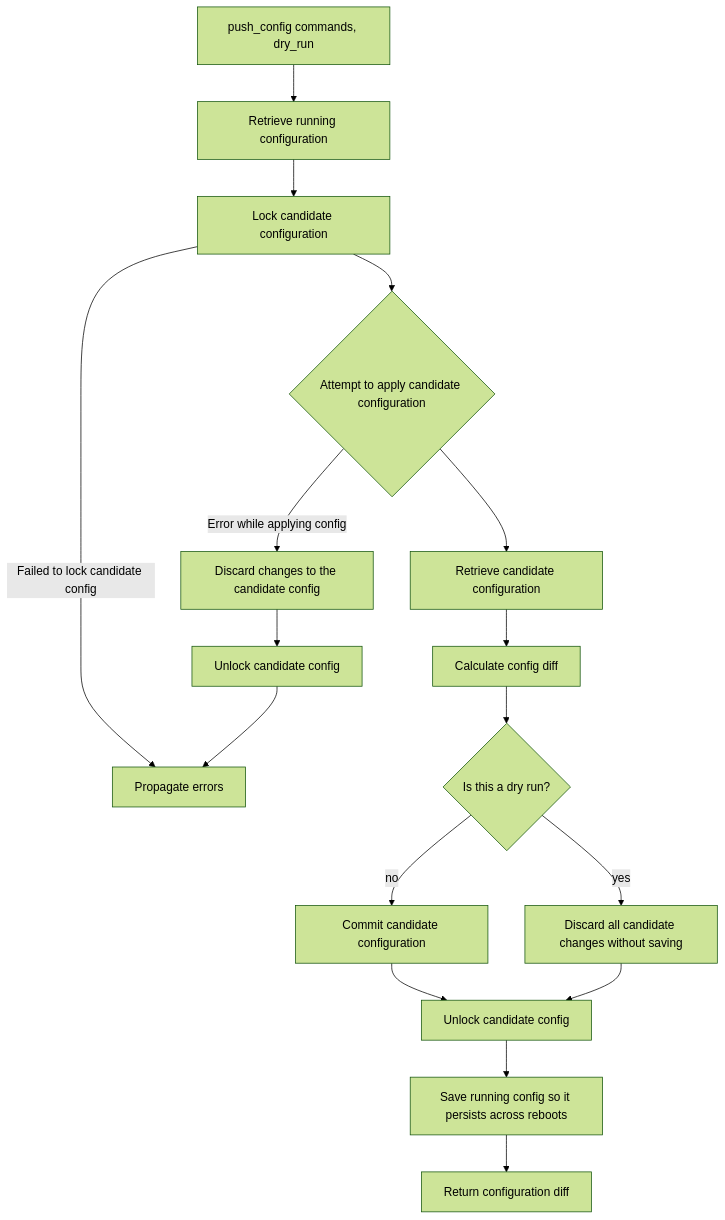
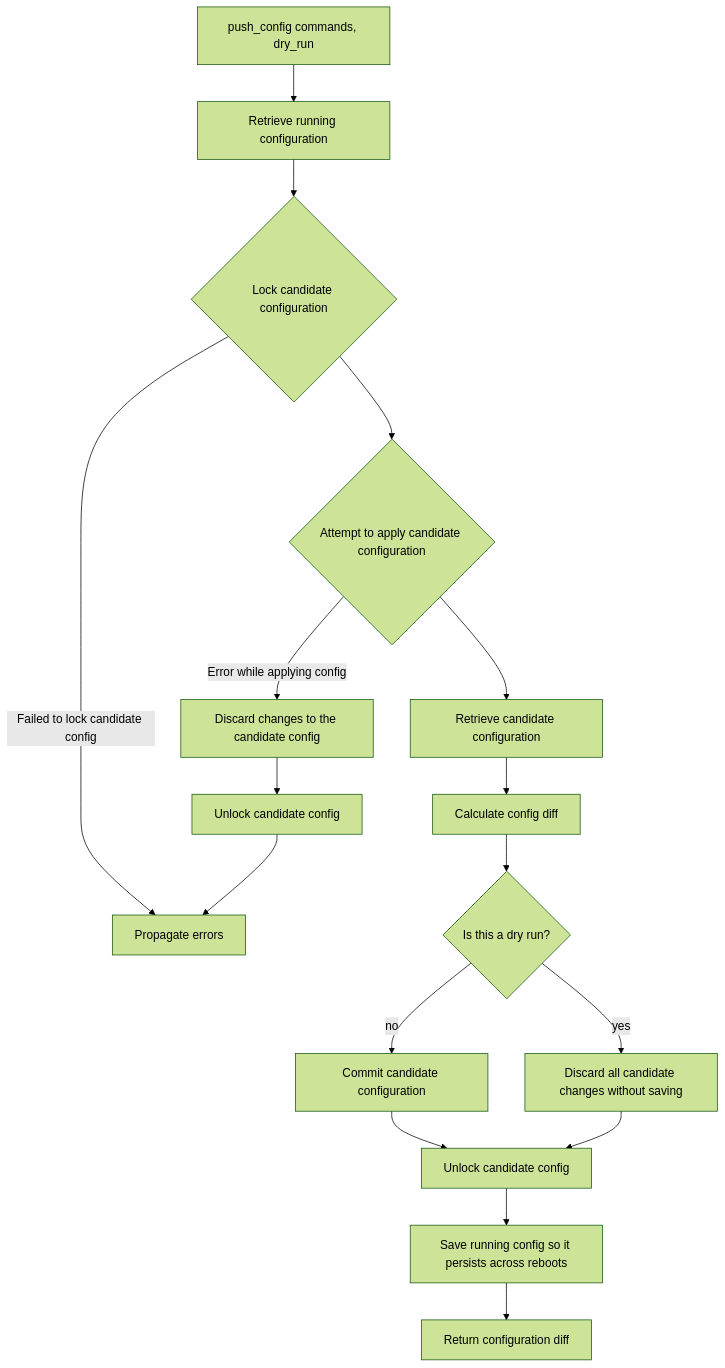
Before and after one commit to cmek/netauto: the second of 2 diagrams in docs/flows.md, drawn with Mermaid (forest theme).

Commit message:
fix: update flowchart

````diff
--- a/docs/flows.md
+++ b/docs/flows.md
@@ -23,22 +23,22 @@
 ```mermaid
 flowchart TD
     A[push_config commands, dry_run] --> B[Retrieve running configuration]
-    B --> C[Lock candidate configuration]
+    B --> C{Lock candidate configuration}
     C --> D{Attempt to apply candidate configuration}    
     C --> |Failed to lock candidate config| H
     
     D -->|Error while applying config| F[Discard changes to the candidate config]
     F --> G[Unlock candidate config]
     G --> H[Propagate errors]
 
     D --> N[Retrieve candidate configuration]
     N --> R[Calculate config diff]
 
     R --> I{Is this a dry run?}
     I -->|yes| J[Discard all candidate changes without saving]
     I -->|no| K[Commit candidate configuration]
     K --> M[Unlock candidate config]
     M --> U[Save running config so it persists across reboots]
     U --> O[Return configuration diff]
     J --> M
 ```
````
